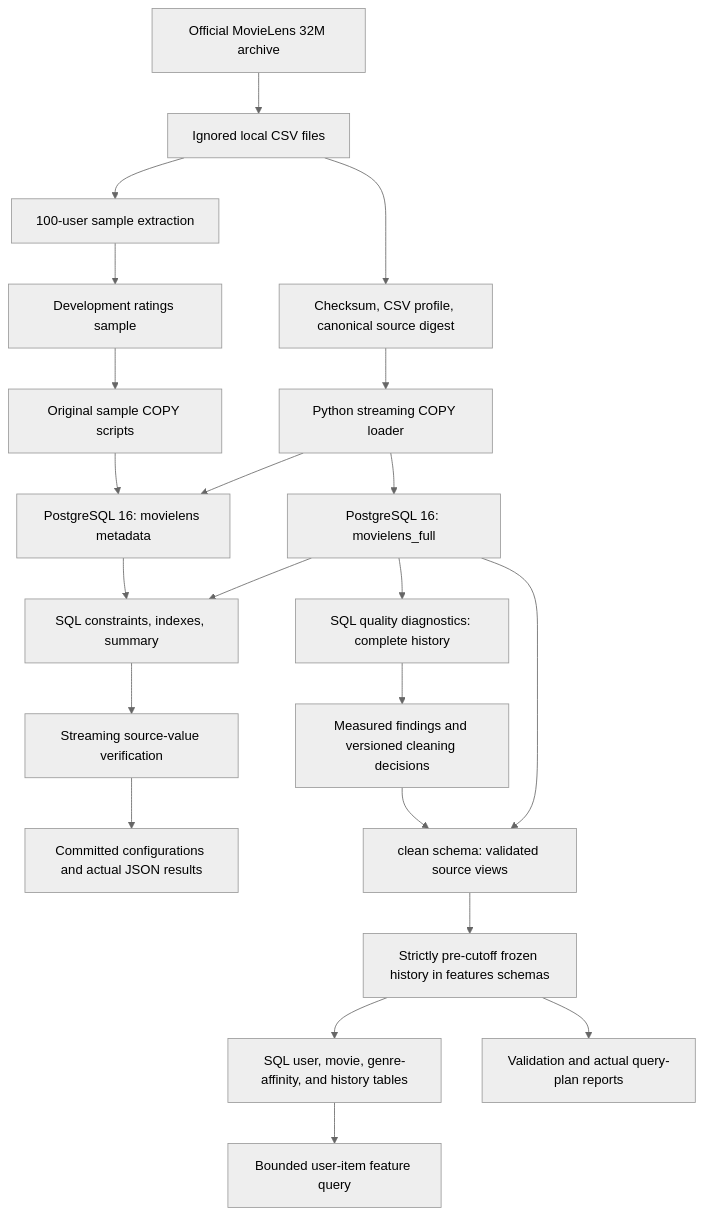
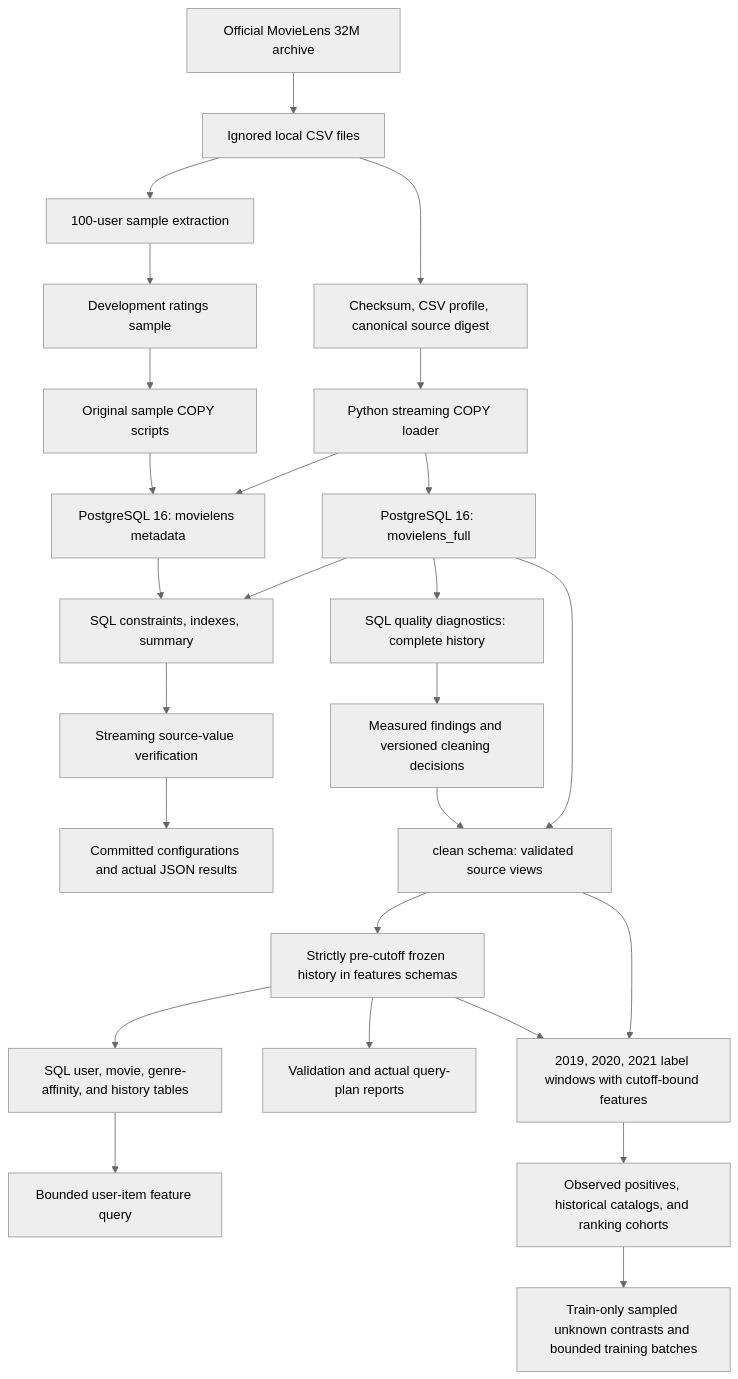
The diagram in docs/architecture.md (axia4133/personalized-recommendation-system), drawn with Mermaid (neutral theme) before and after one commit. The commit also changed other lines of this file and 20 other files, not shown here.

Commit message:
feat(data): add chronological observed-positive ranking datasets

````diff
--- a/docs/architecture.md
+++ b/docs/architecture.md
@@ -3,24 +3,28 @@
 ```mermaid
 flowchart TD
     A[Official MovieLens 32M archive] --> B[Ignored local CSV files]
     B --> C[Checksum, CSV profile, canonical source digest]
     B --> D[100-user sample extraction]
     D --> E[Development ratings sample]
     C --> F[Python streaming COPY loader]
     E --> G[Original sample COPY scripts]
     F --> H[PostgreSQL 16: movielens_full]
     F --> I[PostgreSQL 16: movielens metadata]
     G --> I
     H --> J[SQL constraints, indexes, summary]
     I --> J
     J --> K[Streaming source-value verification]
     K --> L[Committed configurations and actual JSON results]
     H --> M[SQL quality diagnostics: complete history]
     M --> N[Measured findings and versioned cleaning decisions]
     H --> O[clean schema: validated source views]
     N --> O
     O --> P[Strictly pre-cutoff frozen history in features schemas]
     P --> Q[SQL user, movie, genre-affinity, and history tables]
     Q --> R[Bounded user-item feature query]
     P --> S[Validation and actual query-plan reports]
+    O --> T[2019, 2020, 2021 label windows with cutoff-bound features]
+    P --> T
+    T --> U[Observed positives, historical catalogs, and ranking cohorts]
+    U --> V[Train-only sampled unknown contrasts and bounded training batches]
 ```
````
